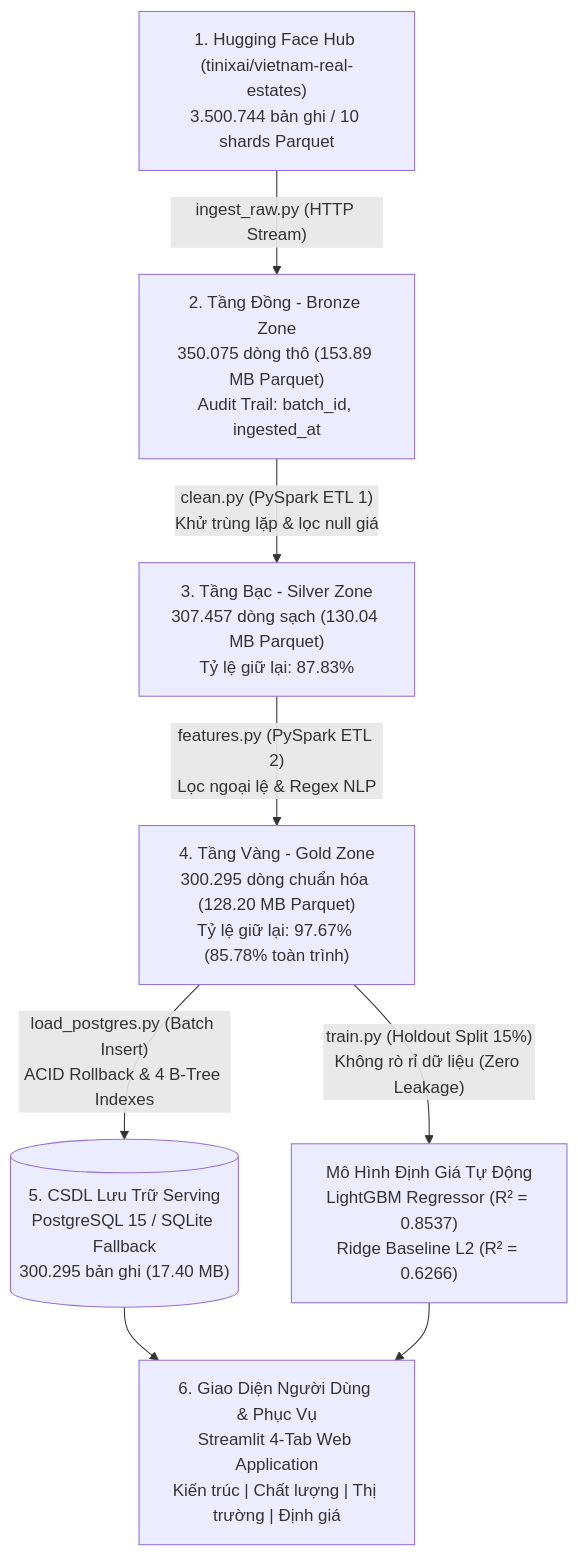
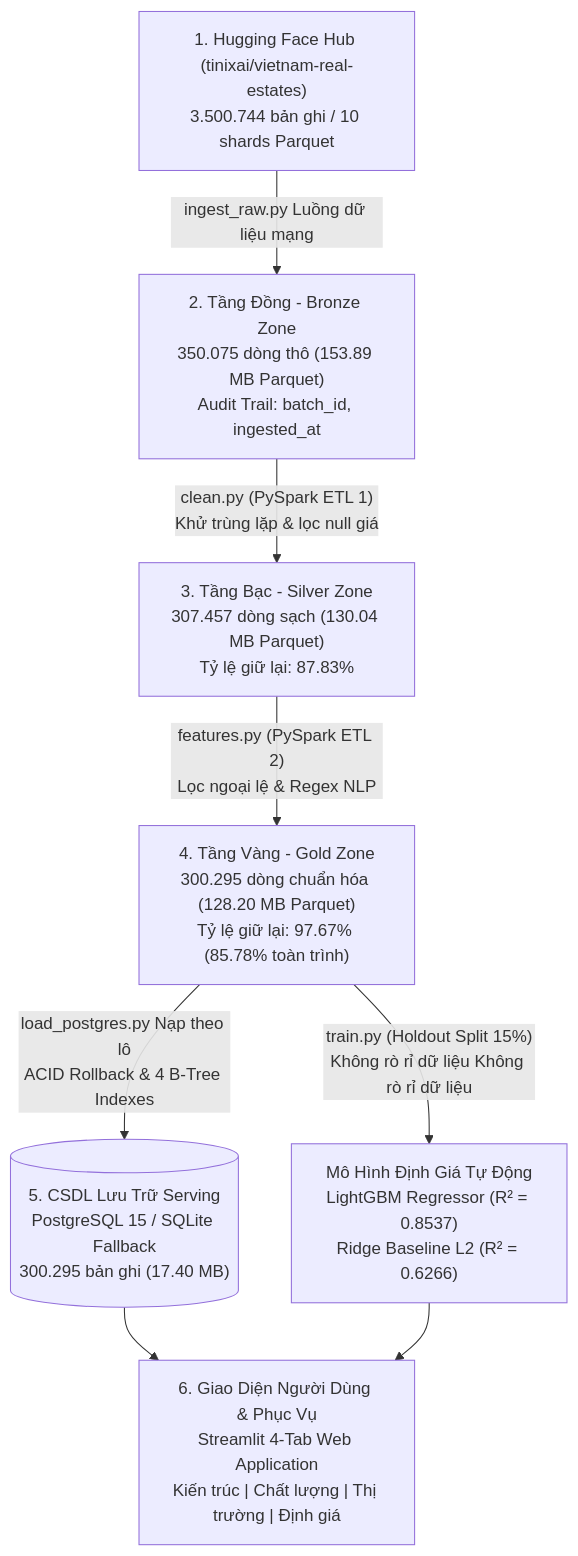
One commit to PVM-05/House-Prediction changed the diagram in docs/report.md. Above: the diagram before and after it, drawn with Mermaid. The commit also changed other lines of this file and 19 other files, not shown here.

````diff
--- a/docs/report.md
+++ b/docs/report.md
@@ -61,10 +61,10 @@
 ```mermaid
 flowchart TD
-    HF["1. Hugging Face Hub (tinixai/vietnam-real-estates)<br/>3.500.744 bản ghi / 10 shards Parquet"] -->|"ingest_raw.py (HTTP Stream)"| BZ["2. Tầng Đồng - Bronze Zone<br/>350.075 dòng thô (153.89 MB Parquet)<br/>Audit Trail: batch_id, ingested_at"]
+    HF["1. Hugging Face Hub (tinixai/vietnam-real-estates)<br/>3.500.744 bản ghi / 10 shards Parquet"] -->|"ingest_raw.py Luồng dữ liệu mạng"| BZ["2. Tầng Đồng - Bronze Zone<br/>350.075 dòng thô (153.89 MB Parquet)<br/>Audit Trail: batch_id, ingested_at"]
     BZ -->|"clean.py (PySpark ETL 1)<br/>Khử trùng lặp & lọc null giá"| SV["3. Tầng Bạc - Silver Zone<br/>307.457 dòng sạch (130.04 MB Parquet)<br/>Tỷ lệ giữ lại: 87.83%"]
     SV -->|"features.py (PySpark ETL 2)<br/>Lọc ngoại lệ & Regex NLP"| GD["4. Tầng Vàng - Gold Zone<br/>300.295 dòng chuẩn hóa (128.20 MB Parquet)<br/>Tỷ lệ giữ lại: 97.67% (85.78% toàn trình)"]
-    GD -->|"load_postgres.py (Batch Insert)<br/>ACID Rollback & 4 B-Tree Indexes"| DB[("5. CSDL Lưu Trữ Serving<br/>PostgreSQL 15 / SQLite Fallback<br/>300.295 bản ghi (17.40 MB)")]
-    GD -->|"train.py (Holdout Split 15%)<br/>Không rò rỉ dữ liệu (Zero Leakage)"| ML["Mô Hình Định Giá Tự Động<br/>LightGBM Regressor (R² = 0.8537)<br/>Ridge Baseline L2 (R² = 0.6266)"]
+    GD -->|"load_postgres.py Nạp theo lô<br/>ACID Rollback & 4 B-Tree Indexes"| DB[("5. CSDL Lưu Trữ Serving<br/>PostgreSQL 15 / SQLite Fallback<br/>300.295 bản ghi (17.40 MB)")]
+    GD -->|"train.py (Holdout Split 15%)<br/>Không rò rỉ dữ liệu Không rò rỉ dữ liệu"| ML["Mô Hình Định Giá Tự Động<br/>LightGBM Regressor (R² = 0.8537)<br/>Ridge Baseline L2 (R² = 0.6266)"]
     DB --> APP["6. Giao Diện Người Dùng & Phục Vụ<br/>Streamlit 4-Tab Web Application<br/>Kiến trúc | Chất lượng | Thị trường | Định giá"]
     ML --> APP
 ```
````
